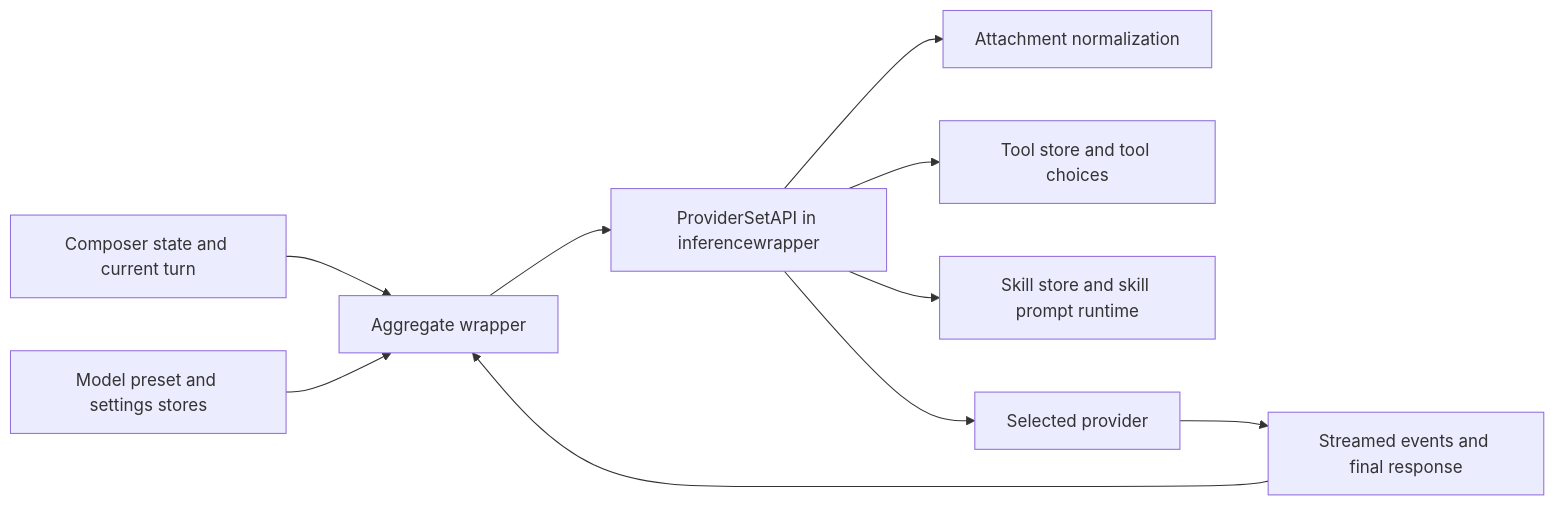
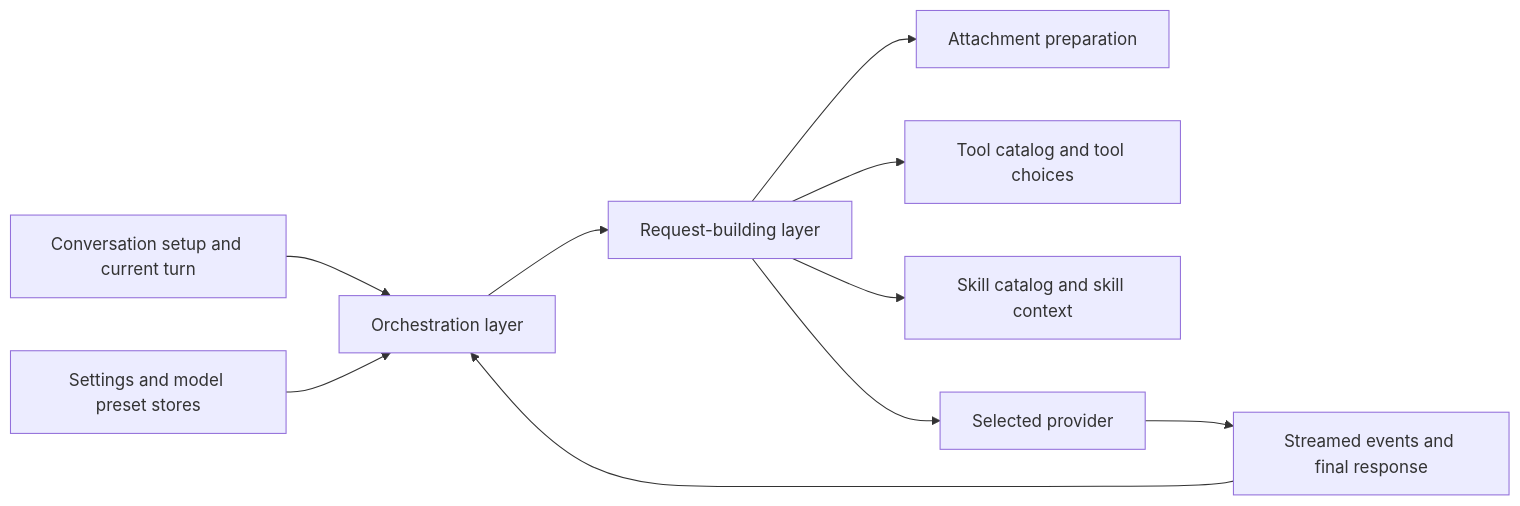
The diagram in frontend/app/docs/content/13-backend-roles-and-data-flow.md (flexigpt/flexigpt-app), drawn with Mermaid before and after one commit. The commit also changed other lines of this file and 15 other files, not shown here.

````diff
--- a/frontend/app/docs/content/13-backend-roles-and-data-flow.md
+++ b/frontend/app/docs/content/13-backend-roles-and-data-flow.md
@@ -118,22 +107,22 @@
 ```mermaid
 flowchart LR
-    Composer[Composer state and current turn]
-    Aggregate[Aggregate wrapper]
-    Presets[Model preset and settings stores]
-    Inference[ProviderSetAPI in inferencewrapper]
-    Attachments[Attachment normalization]
-    Tools[Tool store and tool choices]
-    Skills[Skill store and skill prompt runtime]
+    Composer[Conversation setup and current turn]
+    Aggregate[Orchestration layer]
+    Presets[Settings and model preset stores]
+    Inference[Request-building layer]
+    Attachments[Attachment preparation]
+    Tools[Tool catalog and tool choices]
+    Skills[Skill catalog and skill context]
     Provider[Selected provider]
     Stream[Streamed events and final response]
 
     Composer --> Aggregate
     Presets --> Aggregate
     Aggregate --> Inference
     Inference --> Attachments
     Inference --> Tools
     Inference --> Skills
     Inference --> Provider
     Provider --> Stream
     Stream --> Aggregate
 ```
````
